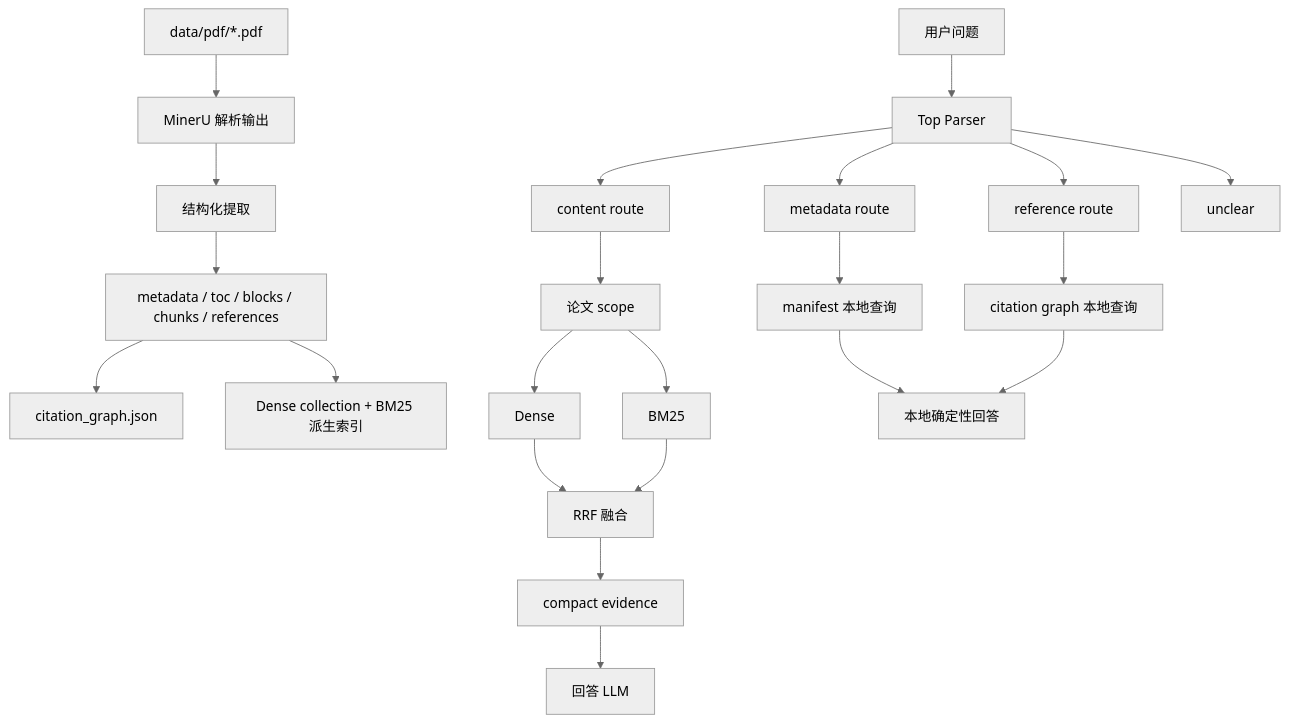
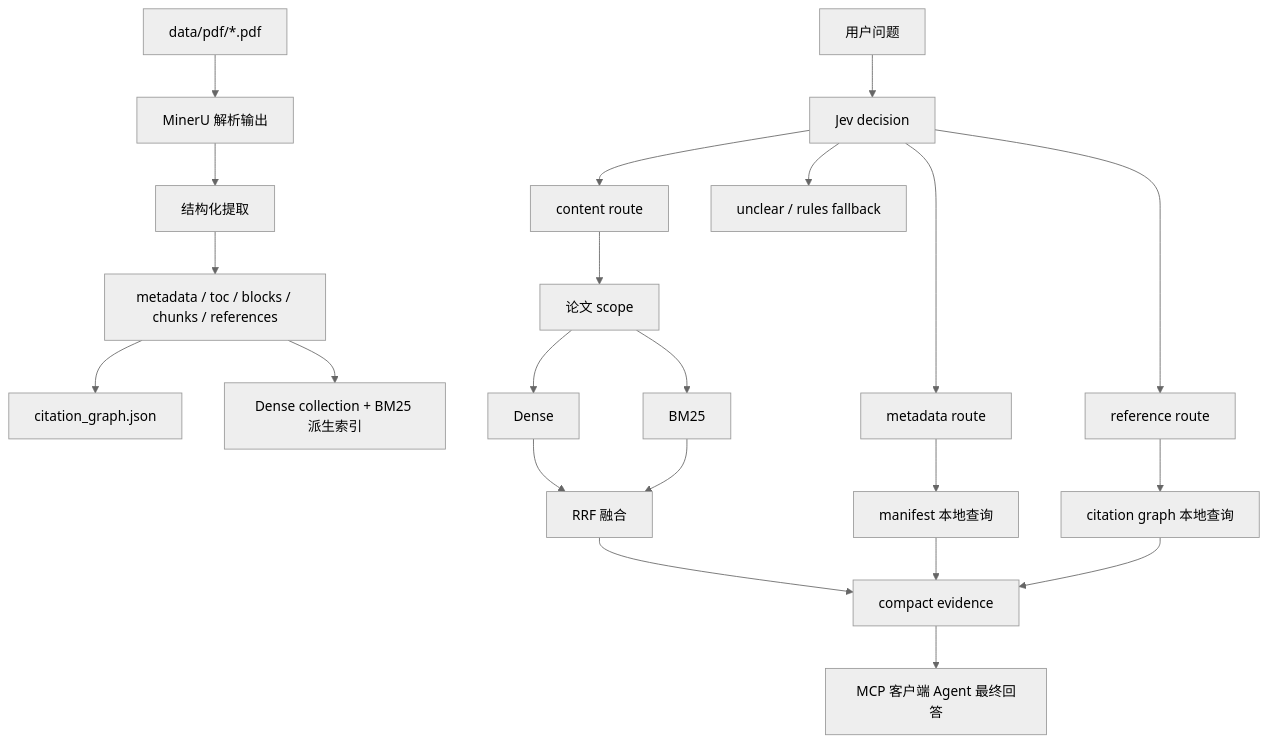
The diagram in 项目说明.md (YaoHui-Wu06022/PaperRAG), drawn with Mermaid (neutral theme) before and after one commit. The commit also changed other lines of this file and 54 other files, not shown here.

Commit message:
feat: upgrade Paper RAG query extraction and MCP workflow

````diff
--- a/项目说明.md
+++ b/项目说明.md
@@ -77,27 +102,27 @@
 ```mermaid
 flowchart TD
     PDF["data/pdf/*.pdf"] --> MinerU["MinerU 解析输出"]
     MinerU --> Extract["结构化提取"]
     Extract --> PaperData["metadata / toc / blocks / chunks / references"]
     PaperData --> Graph["citation_graph.json"]
     PaperData --> Index["Dense collection + BM25 派生索引"]
 
-    Query["用户问题"] --> Top["Top Parser"]
-    Top --> Metadata["metadata route"]
-    Top --> Reference["reference route"]
-    Top --> Content["content route"]
-    Top --> Unclear["unclear"]
+    Query["用户问题"] --> Jev["Jev decision"]
+    Jev --> Metadata["metadata route"]
+    Jev --> Reference["reference route"]
+    Jev --> Content["content route"]
+    Jev --> Unclear["unclear / rules fallback"]
 
     Metadata --> Manifest["manifest 本地查询"]
     Reference --> GraphQuery["citation graph 本地查询"]
     Content --> Scope["论文 scope"]
     Scope --> Dense["Dense"]
     Scope --> BM25["BM25"]
     Dense --> RRF["RRF 融合"]
     BM25 --> RRF
     RRF --> Evidence["compact evidence"]
 
-    Manifest --> Local["本地确定性回答"]
-    GraphQuery --> Local
-    Evidence --> LLM["回答 LLM"]
+    Manifest --> Evidence
+    GraphQuery --> Evidence
+    Evidence --> Agent["MCP 客户端 Agent 最终回答"]
 ```
````
